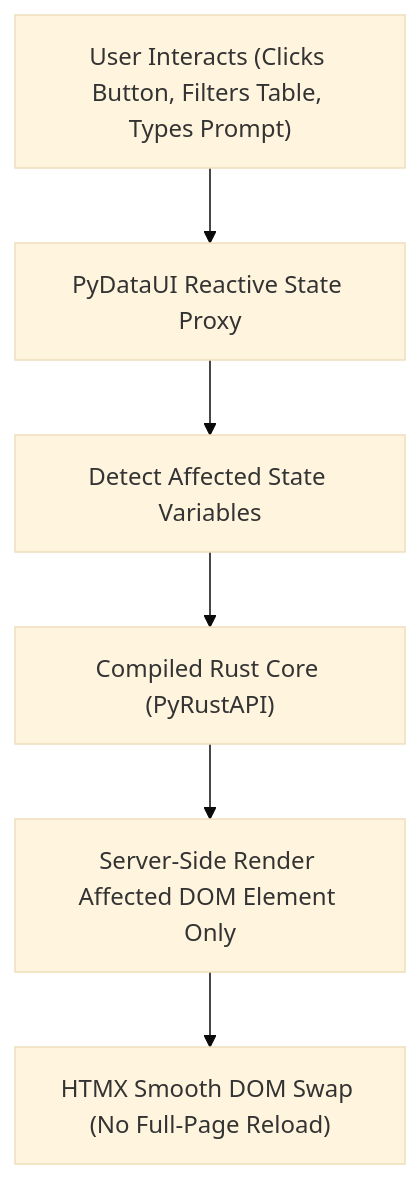
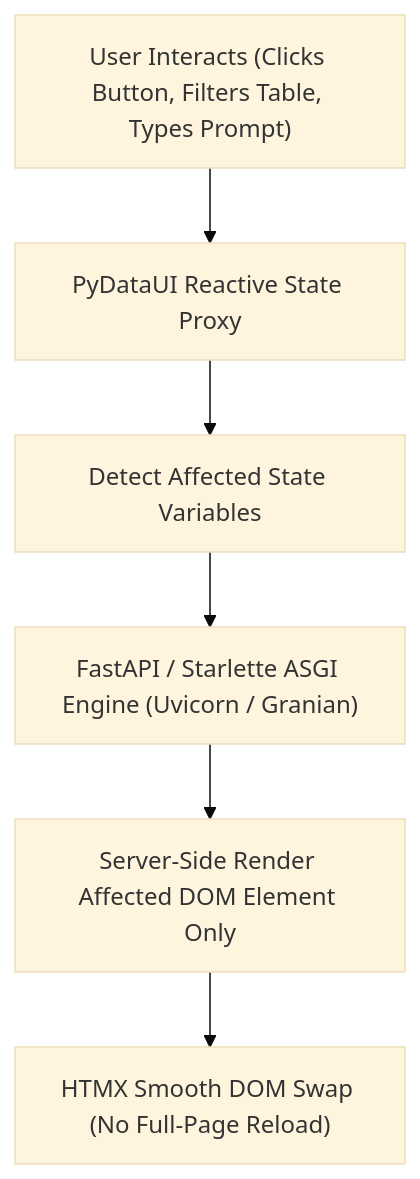
One commit to rajboopathiking/pydataui changed the second of 2 diagrams in docs/BLOG_POST_LAUNCH.md. Above: the diagram before and after it, drawn with Mermaid (base theme). The commit also changed other lines of this file and 18 other files, not shown here.

Commit message:
docs: reframe documentation to reflex and fastapi with uvicorn and granian runners

````diff
--- a/docs/BLOG_POST_LAUNCH.md
+++ b/docs/BLOG_POST_LAUNCH.md
@@ -43,8 +43,8 @@
 ```mermaid
 flowchart TD
     UserAction["User Interacts (Clicks Button, Filters Table, Types Prompt)"] --> Proxy["PyDataUI Reactive State Proxy"]
     Proxy --> Delta["Detect Affected State Variables"]
-    Delta --> Rust["Compiled Rust Core (PyRustAPI)"]
-    Rust --> SSR["Server-Side Render Affected DOM Element Only"]
+    Delta --> ASGI["FastAPI / Starlette ASGI Engine (Uvicorn / Granian)"]
+    ASGI --> SSR["Server-Side Render Affected DOM Element Only"]
     SSR --> Swap["HTMX Smooth DOM Swap (No Full-Page Reload)"]
 ```
````
